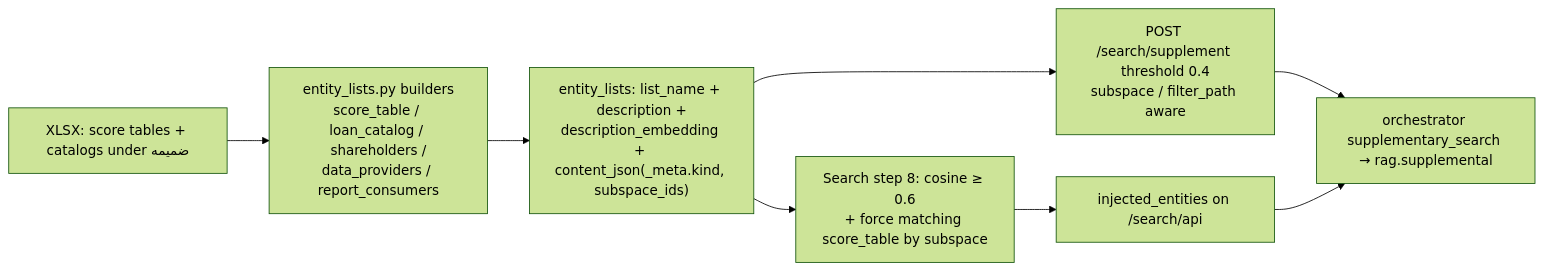
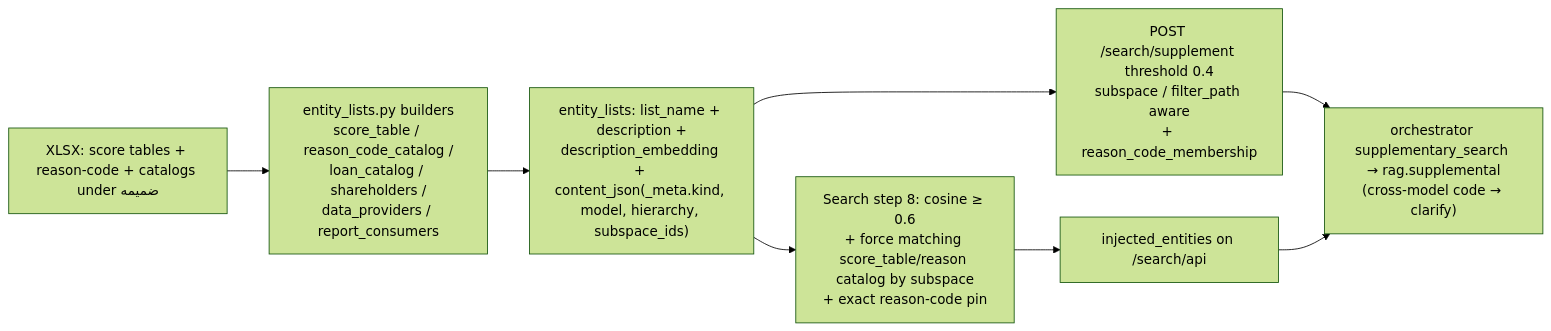
The sixth of 12 diagrams in kb-manager/README.md (AliNikkhah2001/Work_RAG-KB), drawn with Mermaid (forest theme) before and after one commit. The commit also changed other lines of this file and 12 other files, not shown here.

First line of the commit message:
feat(reason-codes): hierarchical supplements, exact-code pin, cross-model membership

````diff
--- a/kb-manager/README.md
+++ b/kb-manager/README.md
@@ -210,10 +214,10 @@
 ```mermaid
 flowchart LR
-    XLSX["XLSX: score tables + catalogs under ضمیمه"] --> BUILD["entity_lists.py builders\nscore_table / loan_catalog / shareholders /\ndata_providers / report_consumers"]
-    BUILD --> TBL["entity_lists: list_name + description +\ndescription_embedding + content_json(_meta.kind, subspace_ids)"]
-    TBL --> STEP8["Search step 8: cosine ≥ 0.6\n+ force matching score_table by subspace"]
-    TBL --> SUP["POST /search/supplement threshold 0.4\nsubspace / filter_path aware"]
+    XLSX["XLSX: score tables + reason-code + catalogs under ضمیمه"] --> BUILD["entity_lists.py builders\nscore_table / reason_code_catalog /\nloan_catalog / shareholders /\ndata_providers / report_consumers"]
+    BUILD --> TBL["entity_lists: list_name + description +\ndescription_embedding + content_json(_meta.kind, model, hierarchy, subspace_ids)"]
+    TBL --> STEP8["Search step 8: cosine ≥ 0.6\n+ force matching score_table/reason catalog by subspace\n+ exact reason-code pin"]
+    TBL --> SUP["POST /search/supplement threshold 0.4\nsubspace / filter_path aware\n+ reason_code_membership"]
     STEP8 --> INJ["injected_entities on /search/api"]
-    SUP --> TOOL["orchestrator supplementary_search → rag.supplemental"]
+    SUP --> TOOL["orchestrator supplementary_search → rag.supplemental\n(cross-model code → clarify)"]
     INJ --> TOOL
 ```
````
